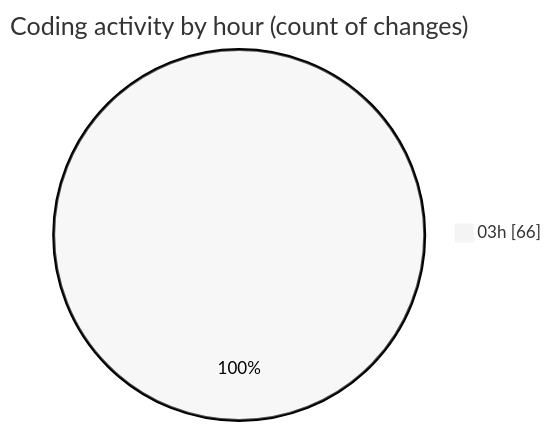
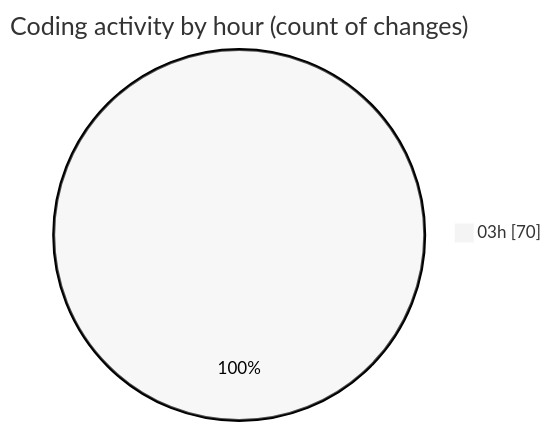
One commit to lephambinh05/code-tracking changed the second of 2 diagrams in 2025-08-09/napxuvn/README.md. Above: the diagram before and after it, drawn with Mermaid (neutral theme). The commit also changed other lines of this file and 1 other file, not shown here.

````diff
--- a/2025-08-09/napxuvn/README.md
+++ b/2025-08-09/napxuvn/README.md
@@ -82,5 +84,5 @@
 ```mermaid
 pie showData
 title Coding activity by hour (count of changes)
-"03h" : 66
+"03h" : 70
 ```
````
